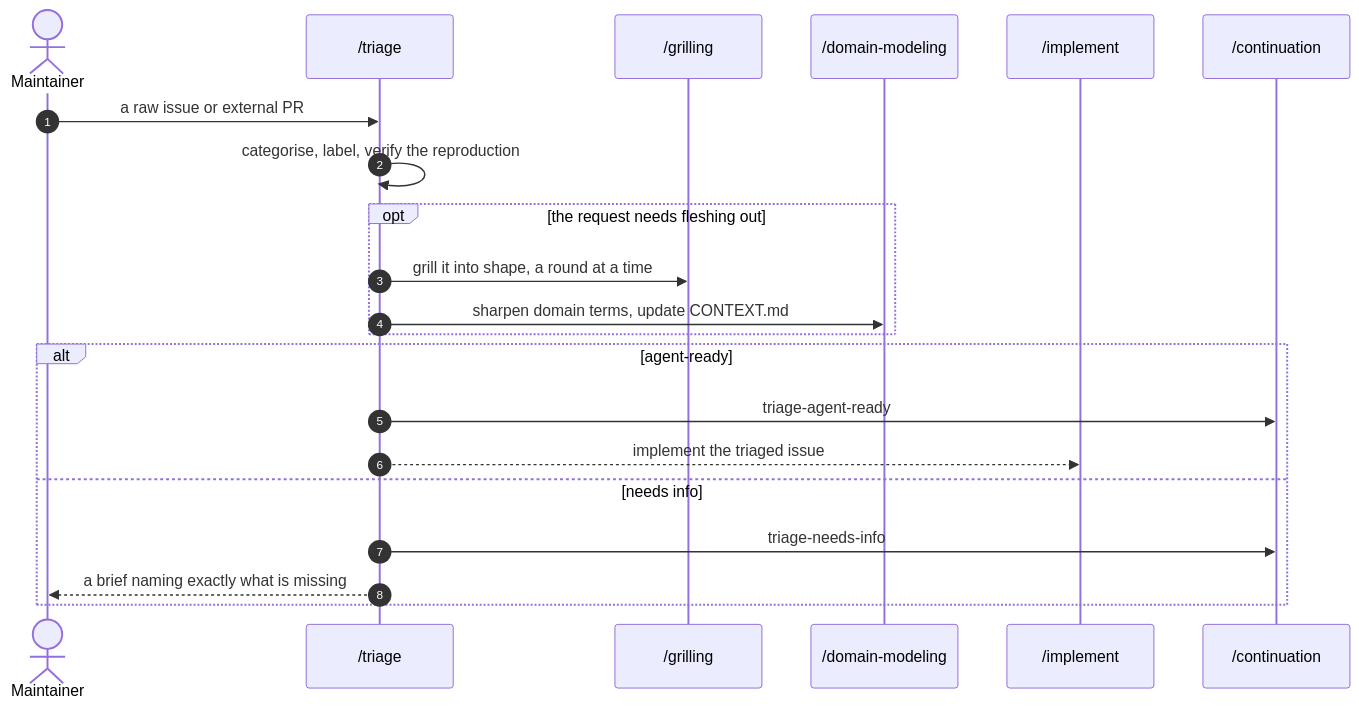
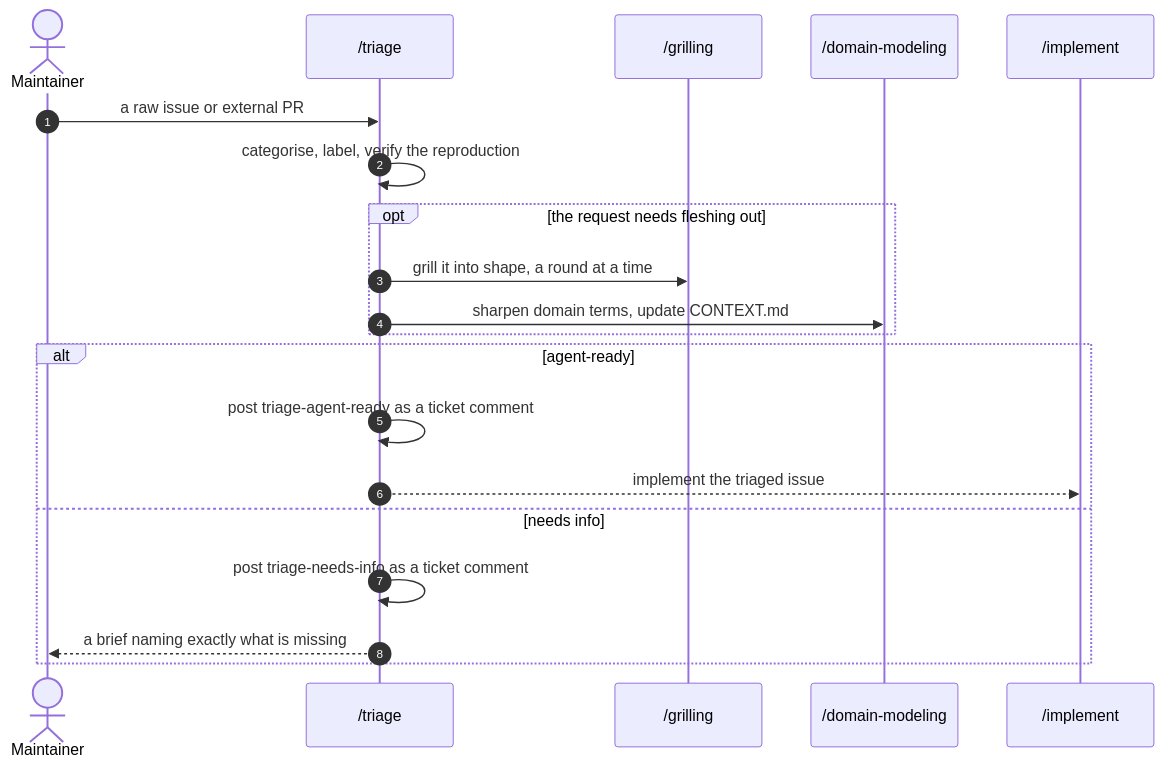
Before and after one commit to bradcstevens/git-loopy-skills: the sixth of 12 diagrams in docs/skill-connections.md, drawn with Mermaid. The commit also changed other lines of this file and 20 other files, not shown here.

````diff
--- a/docs/skill-connections.md
+++ b/docs/skill-connections.md
@@ -305,25 +279,24 @@
 ```mermaid
 sequenceDiagram
     autonumber
     actor M as Maintainer
     participant TR as /triage
     participant GR as /grilling
     participant DM as /domain-modeling
     participant IM as /implement
-    participant CN as /continuation
 
     M->>TR: a raw issue or external PR
     TR->>TR: categorise, label, verify the reproduction
     opt the request needs fleshing out
         TR->>GR: grill it into shape, a round at a time
         TR->>DM: sharpen domain terms, update CONTEXT.md
     end
 
     alt agent-ready
-        TR->>CN: triage-agent-ready
+        TR->>TR: post triage-agent-ready as a ticket comment
         TR-->>IM: implement the triaged issue
     else needs info
-        TR->>CN: triage-needs-info
+        TR->>TR: post triage-needs-info as a ticket comment
         TR-->>M: a brief naming exactly what is missing
     end
 ```
````
